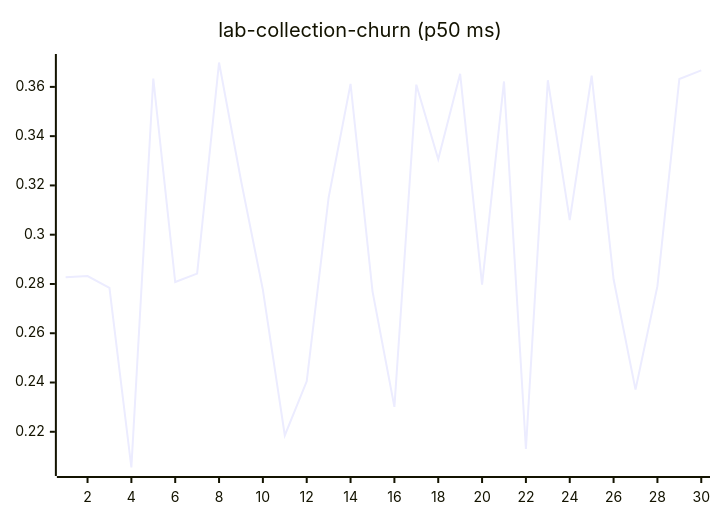
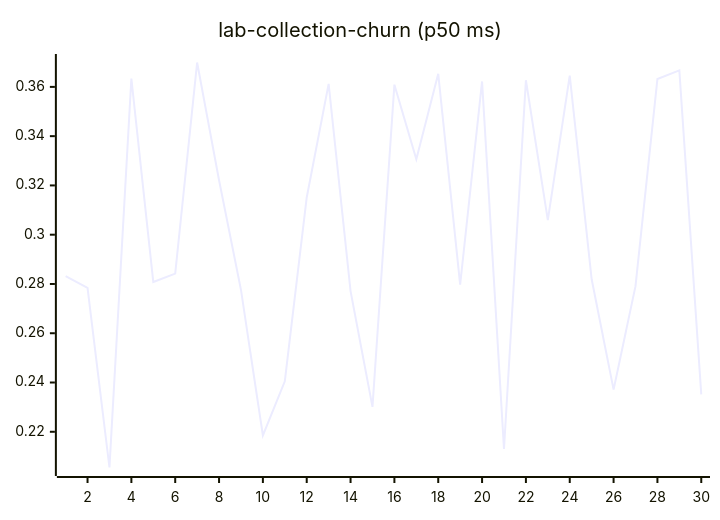
One commit to josha/Facet changed diagram 11 of 27 in README.md. Above: the diagram before and after it, drawn with Mermaid. The commit also changed other lines of this file and 2 other files, not shown here.

````diff
--- a/README.md
+++ b/README.md
@@ -133,6 +133,6 @@
 ```mermaid
 xychart-beta
     title "lab-collection-churn (p50 ms)"
     x-axis 1 --> 30
-    line [0.2827, 0.2832, 0.2784, 0.2055, 0.3634, 0.2808, 0.2842, 0.3699, 0.3221, 0.2776, 0.2185, 0.2405, 0.3151, 0.3612, 0.2771, 0.2301, 0.3609, 0.3306, 0.3653, 0.2797, 0.3622, 0.2130, 0.3627, 0.3059, 0.3646, 0.2819, 0.2371, 0.2791, 0.3632, 0.3667]
+    line [0.2832, 0.2784, 0.2055, 0.3634, 0.2808, 0.2842, 0.3699, 0.3221, 0.2776, 0.2185, 0.2405, 0.3151, 0.3612, 0.2771, 0.2301, 0.3609, 0.3306, 0.3653, 0.2797, 0.3622, 0.2130, 0.3627, 0.3059, 0.3646, 0.2819, 0.2371, 0.2791, 0.3632, 0.3667, 0.2352]
 ```
````
